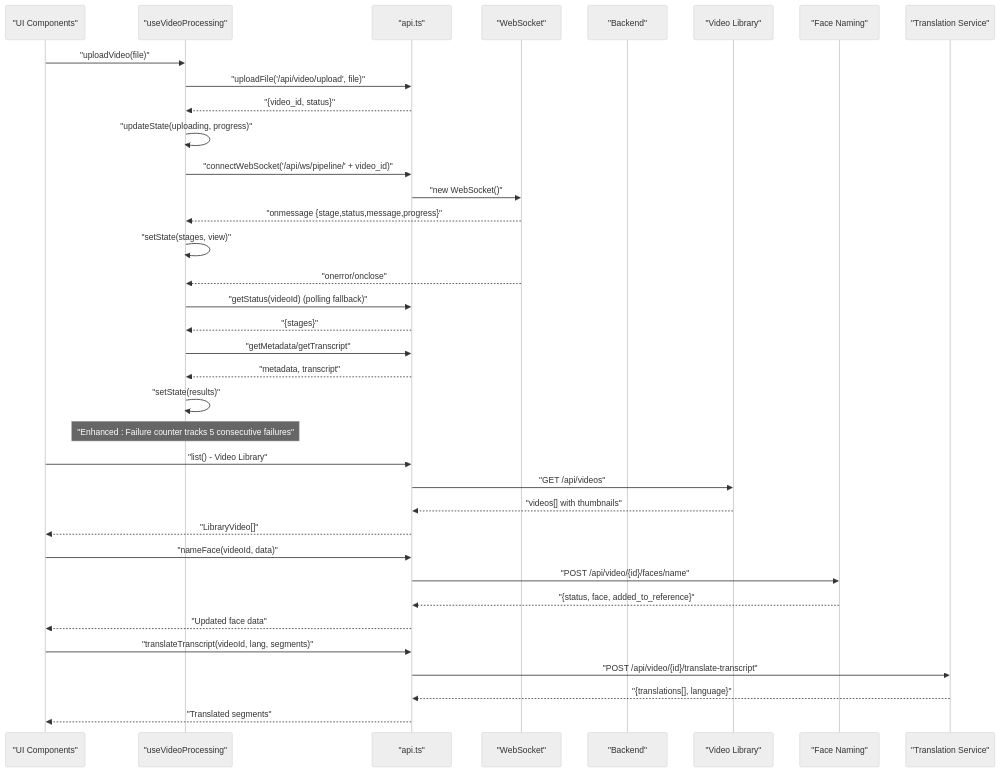
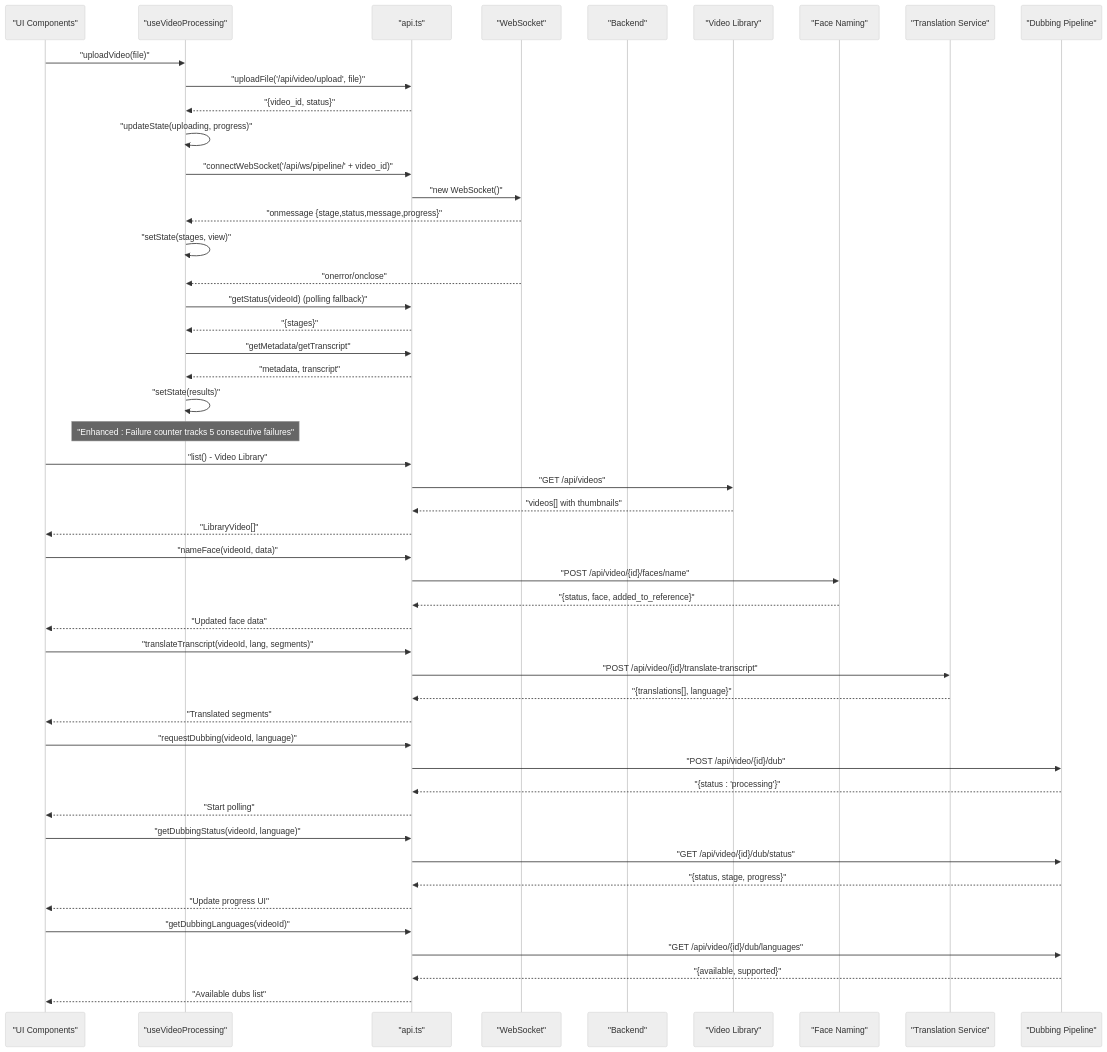
Before and after one commit to alexandreybasta-cyber/dubai-media-ai: the second of 3 diagrams in .qoder/repowiki/en/content/Frontend Application/API Integration & State Management.md, drawn with Mermaid (neutral theme). The commit also changed other lines of this file and 20 other files, not shown here.

````diff
--- a/.qoder/repowiki/en/content/Frontend Application/API Integration & State Management.md
+++ b/.qoder/repowiki/en/content/Frontend Application/API Integration & State Management.md
@@ -193,38 +214,51 @@
 ```mermaid
 sequenceDiagram
 participant UI as "UI Components"
 participant Hook as "useVideoProcessing"
 participant API as "api.ts"
 participant WS as "WebSocket"
 participant BE as "Backend"
 participant Lib as "Video Library"
 participant Face as "Face Naming"
 participant Trans as "Translation Service"
+participant Dub as "Dubbing Pipeline"
 UI->>Hook : "uploadVideo(file)"
 Hook->>API : "uploadFile('/api/video/upload', file)"
 API-->>Hook : "{video_id, status}"
 Hook->>Hook : "updateState(uploading, progress)"
 Hook->>API : "connectWebSocket('/api/ws/pipeline/' + video_id)"
 API->>WS : "new WebSocket()"
 WS-->>Hook : "onmessage {stage,status,message,progress}"
 Hook->>Hook : "setState(stages, view)"
 WS-->>Hook : "onerror/onclose"
 Hook->>API : "getStatus(videoId) (polling fallback)"
 API-->>Hook : "{stages}"
 Hook->>API : "getMetadata/getTranscript"
 API-->>Hook : "metadata, transcript"
 Hook->>Hook : "setState(results)"
 Note over Hook : "Enhanced : Failure counter tracks 5 consecutive failures"
 UI->>API : "list() - Video Library"
 API->>Lib : "GET /api/videos"
 Lib-->>API : "videos[] with thumbnails"
 API-->>UI : "LibraryVideo[]"
 UI->>API : "nameFace(videoId, data)"
 API->>Face : "POST /api/video/{id}/faces/name"
 Face-->>API : "{status, face, added_to_reference}"
 API-->>UI : "Updated face data"
 UI->>API : "translateTranscript(videoId, lang, segments)"
 API->>Trans : "POST /api/video/{id}/translate-transcript"
 Trans-->>API : "{translations[], language}"
 API-->>UI : "Translated segments"
+UI->>API : "requestDubbing(videoId, language)"
+API->>Dub : "POST /api/video/{id}/dub"
+Dub-->>API : "{status : 'processing'}"
+API-->>UI : "Start polling"
+UI->>API : "getDubbingStatus(videoId, language)"
+API->>Dub : "GET /api/video/{id}/dub/status"
+Dub-->>API : "{status, stage, progress}"
+API-->>UI : "Update progress UI"
+UI->>API : "getDubbingLanguages(videoId)"
+API->>Dub : "GET /api/video/{id}/dub/languages"
+Dub-->>API : "{available, supported}"
+API-->>UI : "Available dubs list"
 ```
````
